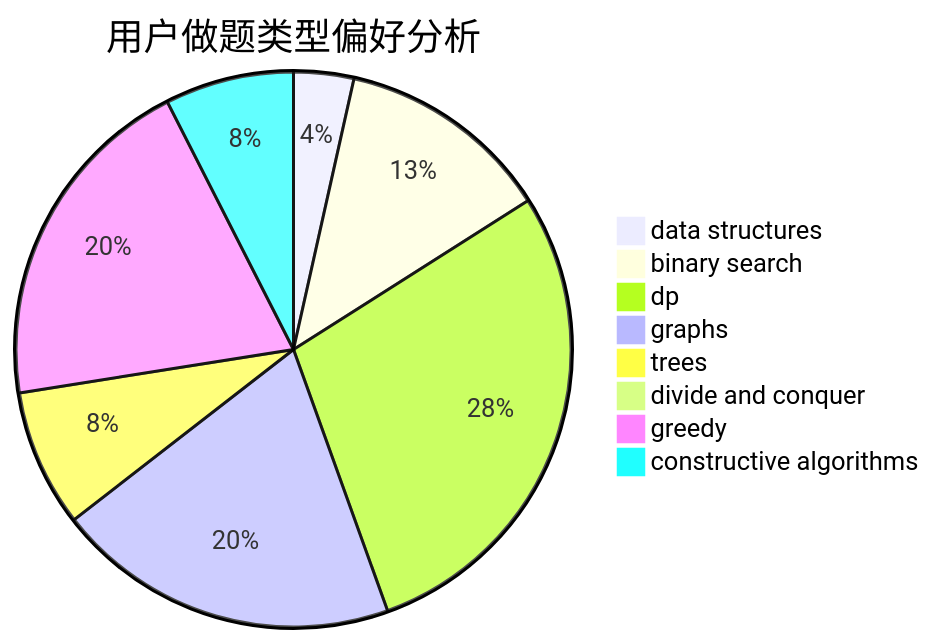
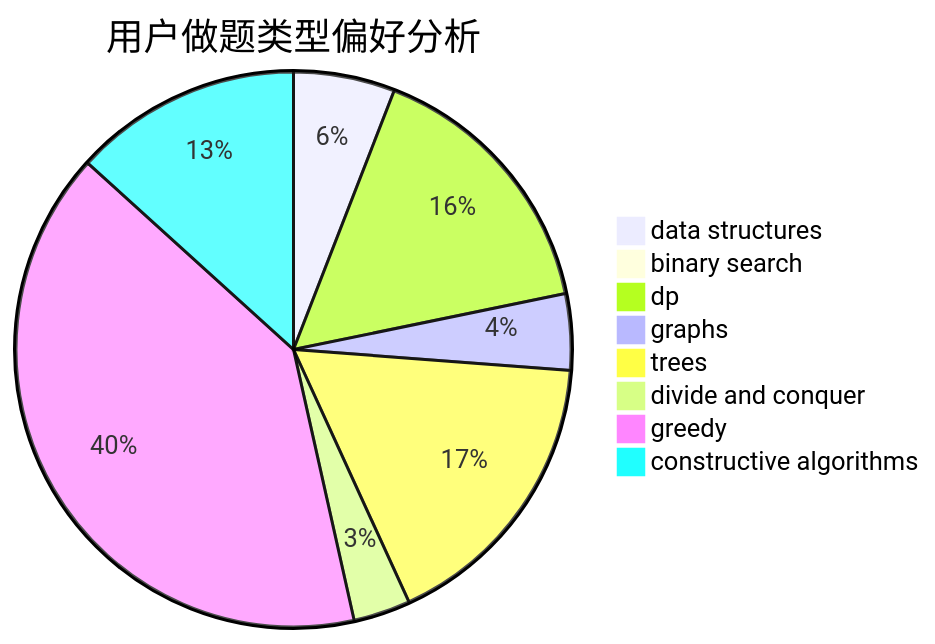
The second of 3 diagrams in docs/user/u1877.md (sherpahu/cfrs.github.io), drawn with Mermaid before and after one commit. The commit also changed other lines of this file and 2770 other files, not shown here.

````diff
--- a/docs/user/u1877.md
+++ b/docs/user/u1877.md
@@ -23,11 +23,11 @@
 ```mermaid
 pie title 用户做题类型偏好分析
-    "data structures" :  7
-    "binary search" :  25
-    "dp" :  57
-    "graphs" :  40
-    "trees" :  16
-    "divide and conquer" :  0
-    "greedy" :  40
-    "constructive algorithms" :  15
+    "data structures" :  16
+    "binary search" :  0
+    "dp" :  43
+    "graphs" :  12
+    "trees" :  46
+    "divide and conquer" :  9
+    "greedy" :  109
+    "constructive algorithms" :  36
 ```
````
